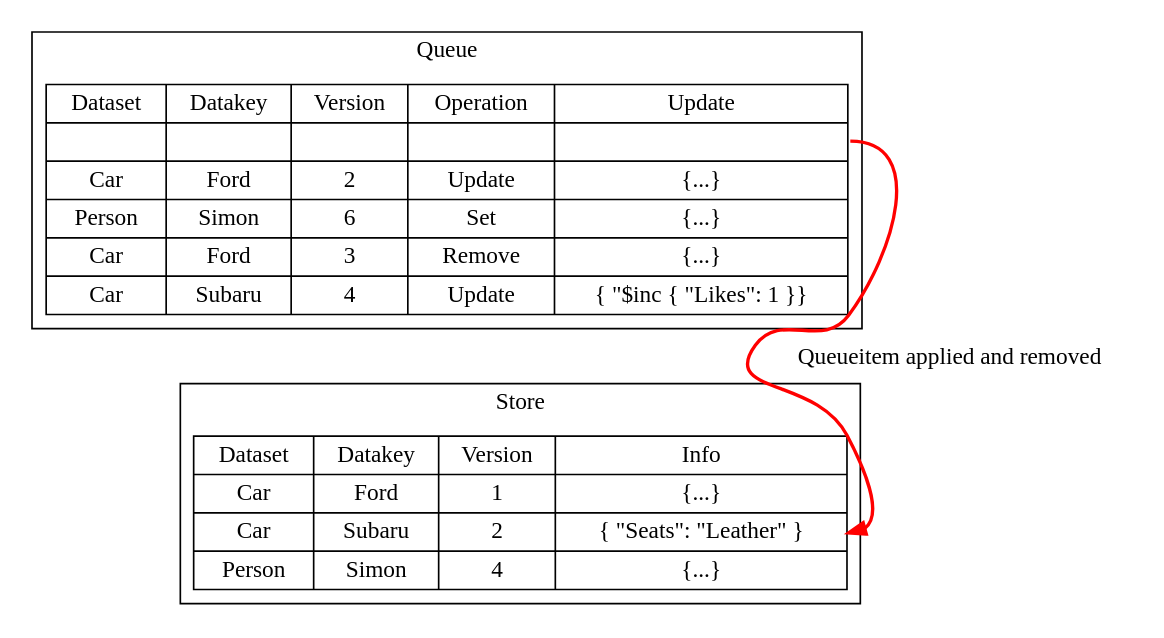
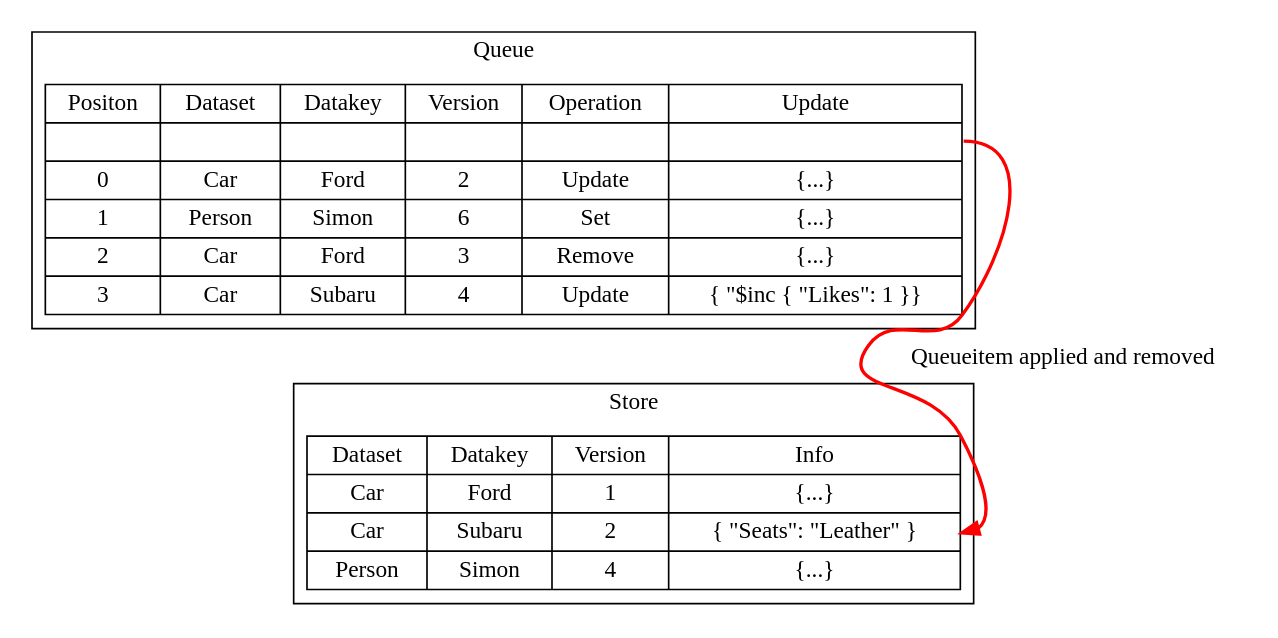
One commit to forbesmyester/SyncIt changed the diagram in README.apply-after.dot. Above: the diagram before and after it, drawn with Graphviz. The commit also changed 45 other files, not shown here.

```diff
--- a/README.apply-after.dot
+++ b/README.apply-after.dot
@@ -1,12 +1,12 @@
 digraph structs {
 	node [shape=record];
 	subgraph clusterqueue {
 		label = "Queue";
-		structqueue [shape=record,label="{ Dataset | <f1> | Car | Person | Car | <f2> Car }|{ Datakey | | Ford | Simon | Ford | Subaru }|{ Version | | 2 | 6 | 3 | 4 }|{ Operation | | Update | Set | Remove | Update }|{ Update | <f3> | \{...\} | \{...\} | \{...\} | <f4> \{ \"$inc \{ \"Likes\": 1 \}\} }"];
+		structqueue [shape=record,label="{ Positon | | 0 | 1 | 2 | 3 } | { Dataset | <f1> | Car | Person | Car | <f2> Car }|{ Datakey | | Ford | Simon | Ford | Subaru }|{ Version | | 2 | 6 | 3 | 4 }|{ Operation | | Update | Set | Remove | Update }|{ Update | <f3> | \{...\} | \{...\} | \{...\} | <f4> \{ \"$inc \{ \"Likes\": 1 \}\} }"];
 	}
 	subgraph clusterstore {
 		label = "Store";
 		structstore [shape=record,label="{ Dataset | Car | Car | Person }|{ Datakey | Ford | Subaru | Simon }|{ Version | 1 |  2 | 4 }|{ Info | \{...\} | <f0> \{ \"Seats\": \"Leather\" \} | \{...\} }"];
 	}
 	structqueue:f3 -> structstore:f0 [color="red",style="bold",label="Queueitem applied and removed"];
 }
```
